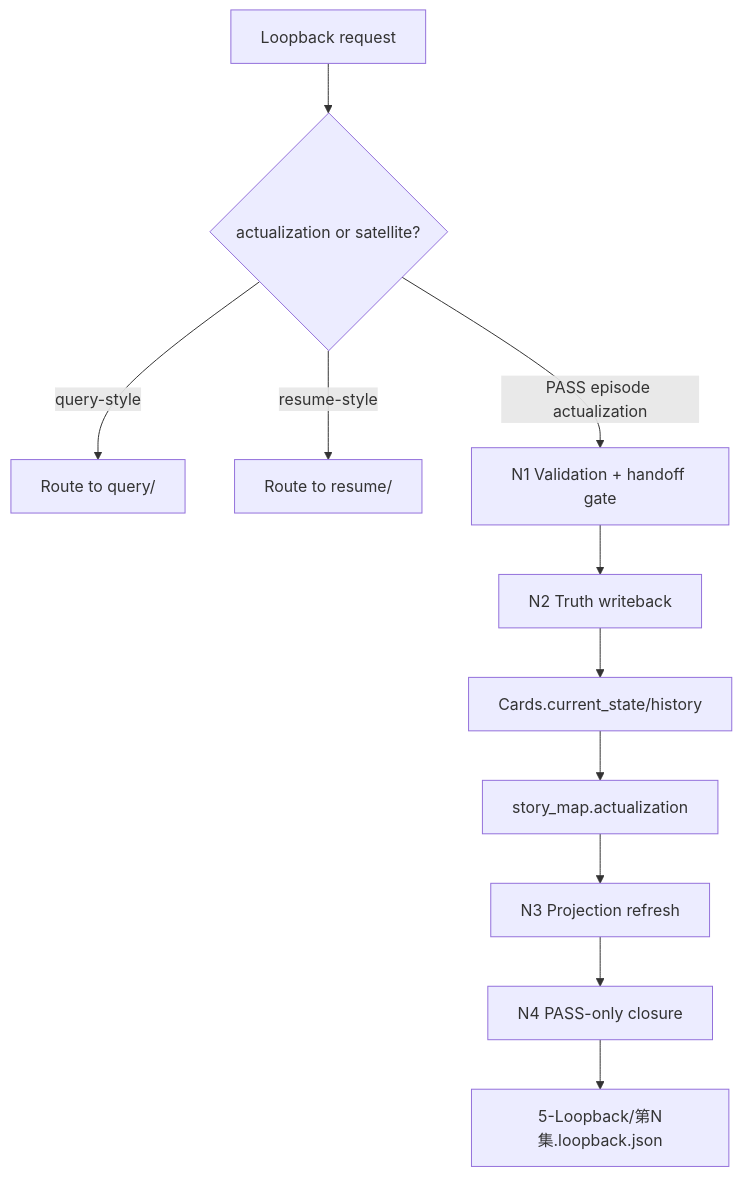
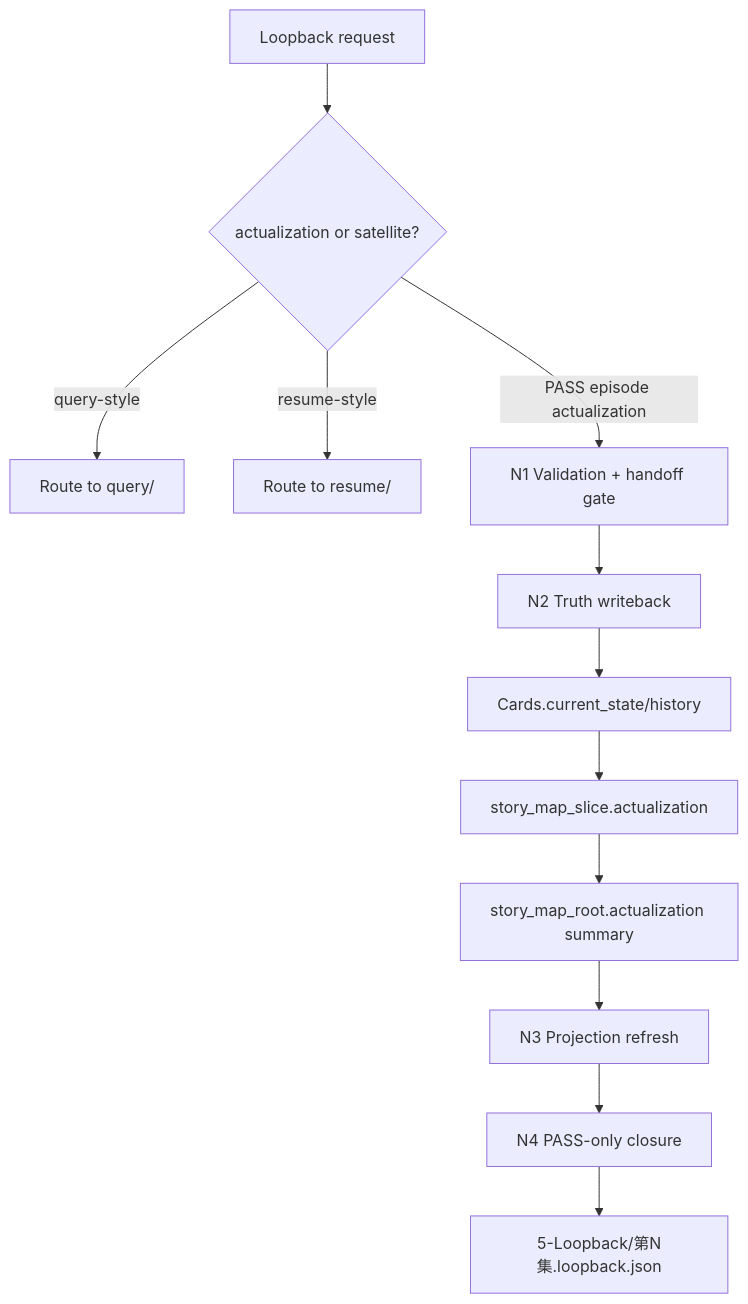
The first of 4 diagrams in .agents/skills/story/5-Loopback/SKILL.md (ZEN-VOID/AI-CUT), drawn with Mermaid before and after one commit. The commit also changed other lines of this file and 118 other files, not shown here.

````diff
--- a/.agents/skills/story/5-Loopback/SKILL.md
+++ b/.agents/skills/story/5-Loopback/SKILL.md
@@ -113,13 +119,14 @@
 ```mermaid
 flowchart TD
     A["Loopback request"] --> B{"actualization or satellite?"}
     B -->|"query-style"| Q["Route to query/"]
     B -->|"resume-style"| R["Route to resume/"]
     B -->|"PASS episode actualization"| C["N1 Validation + handoff gate"]
     C --> D["N2 Truth writeback"]
     D --> D1["Cards.current_state/history"]
-    D1 --> D2["story_map.actualization"]
-    D2 --> E["N3 Projection refresh"]
+    D1 --> D2["story_map_slice.actualization"]
+    D2 --> D3["story_map_root.actualization summary"]
+    D3 --> E["N3 Projection refresh"]
     E --> F["N4 PASS-only closure"]
     F --> G["5-Loopback/第N集.loopback.json"]
 ```
````
